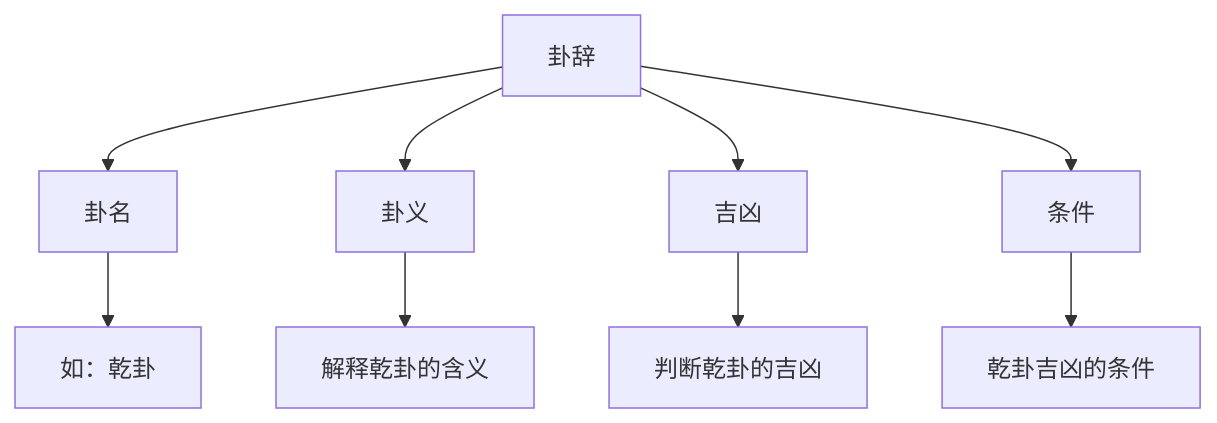
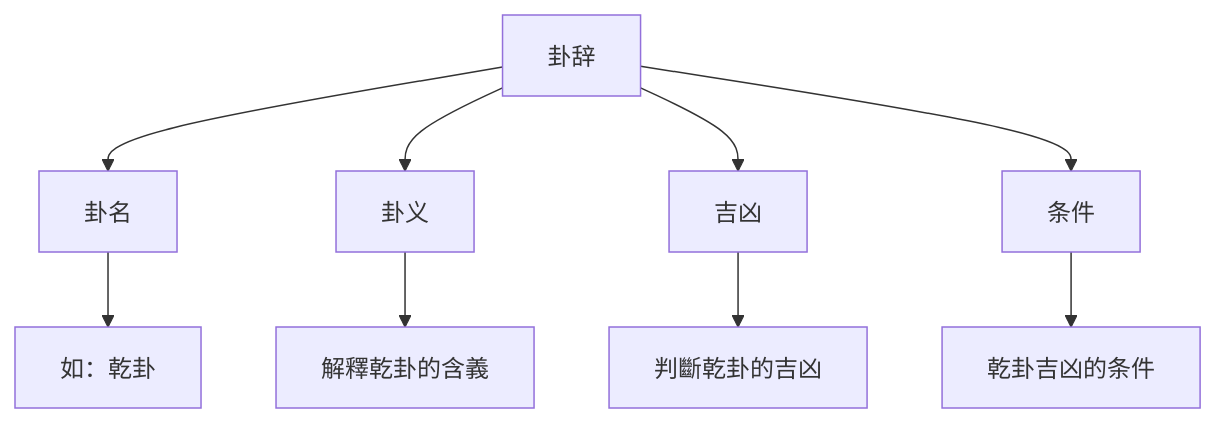
The first of 2 diagrams in 3 Resources/04-Interests/易学/02-易经核心/卦辞爻辞解读.md (kmjade/knowledge-value), drawn with Mermaid before and after one commit. The commit also changed other lines of this file and 653 other files, not shown here.

````diff
--- a/3 Resources/04-Interests/易学/02-易经核心/卦辞爻辞解读.md
+++ b/3 Resources/04-Interests/易学/02-易经核心/卦辞爻辞解读.md
@@ -30,12 +30,12 @@
 ```mermaid
 graph TB
     A[卦辞] --> B[卦名]
     A --> C[卦义]
     A --> D[吉凶]
     A --> E[条件]
     
     B --> B1[如：乾卦]
-    C --> C1[解释乾卦的含义]
-    D --> D1[判断乾卦的吉凶]
+    C --> C1[解釋乾卦的含義]
+    D --> D1[判斷乾卦的吉凶]
     E --> E1[乾卦吉凶的条件]
 ```
````
